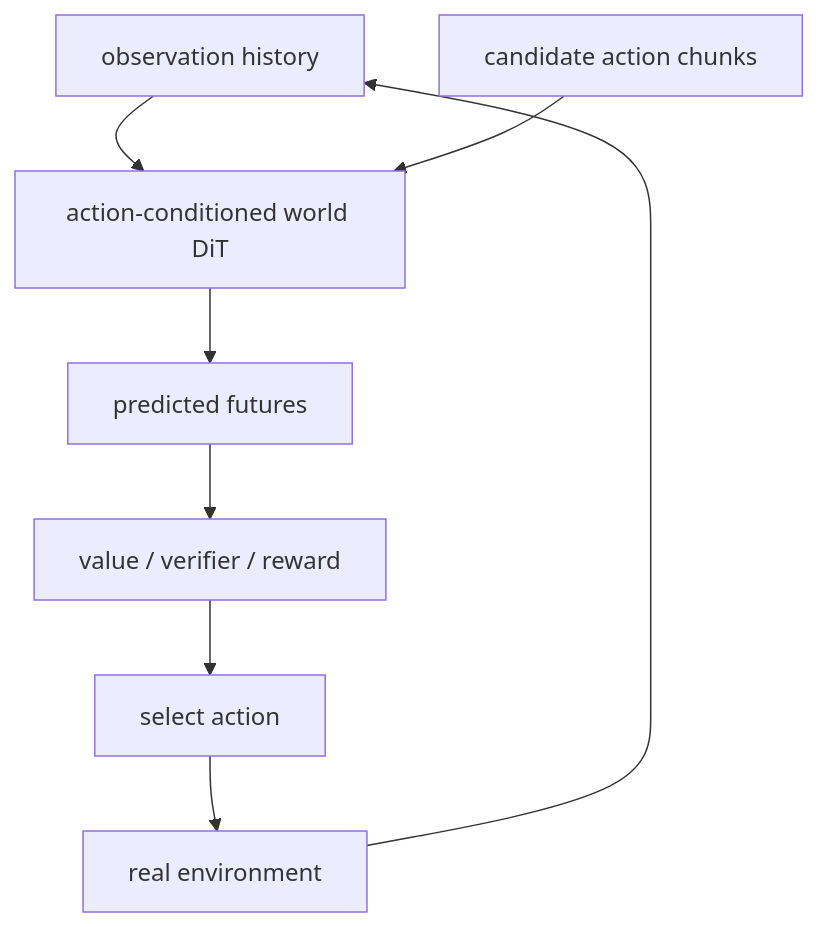
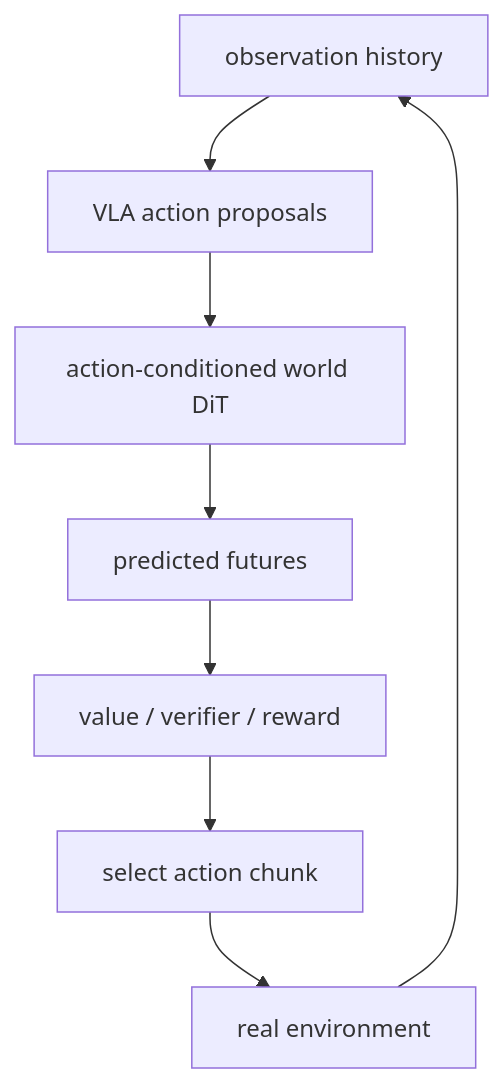
Before and after one commit to JasonChen9/dit-paper-landscape: the third of 3 diagrams in notes/05_agent_world_robotics.md, drawn with Mermaid. The commit also changed other lines of this file and 12 other files, not shown here.

````diff
--- a/notes/05_agent_world_robotics.md
+++ b/notes/05_agent_world_robotics.md
@@ -24,10 +95,10 @@
 ```mermaid
 flowchart TB
-  O["observation history"] --> WM["action-conditioned world DiT"]
-  C["candidate action chunks"] --> WM
+  O["observation history"] --> P["VLA action proposals"]
+  P --> WM["action-conditioned world DiT"]
   WM --> FUT["predicted futures"]
   FUT --> V["value / verifier / reward"]
-  V --> SEL["select action"]
+  V --> SEL["select action chunk"]
   SEL --> ENV["real environment"]
   ENV --> O
 ```
````
